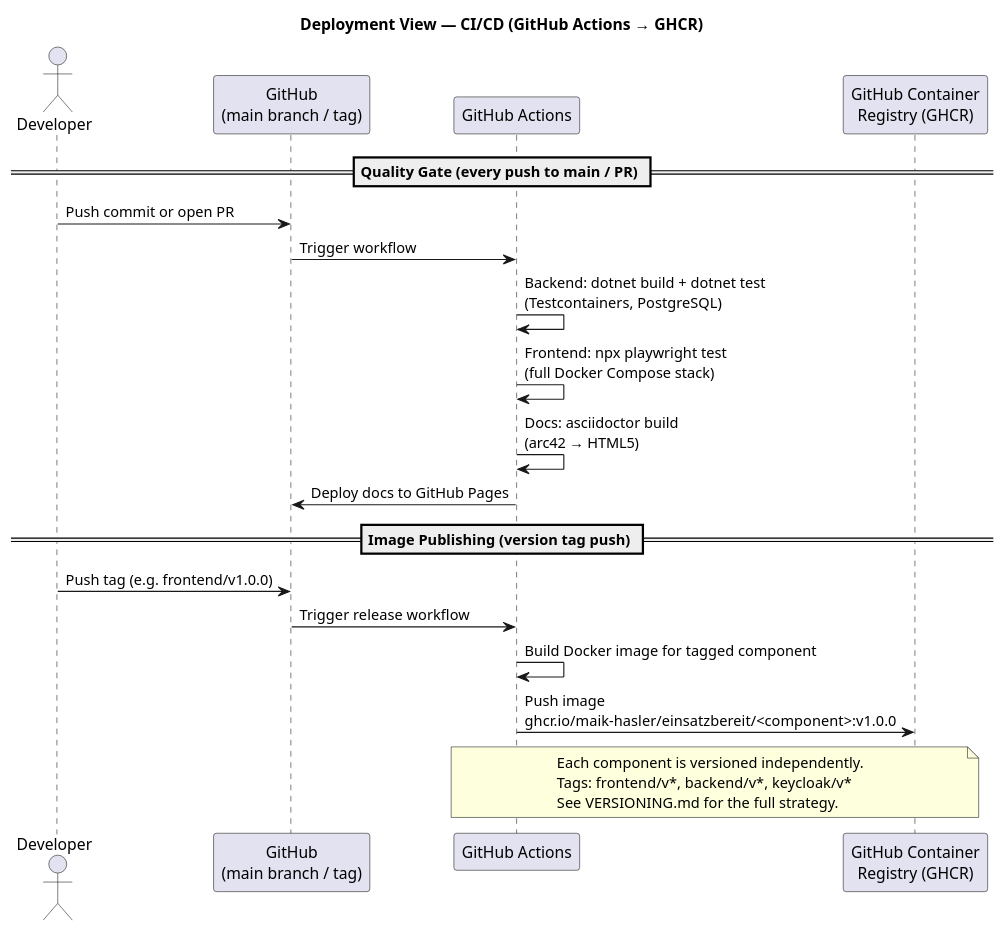
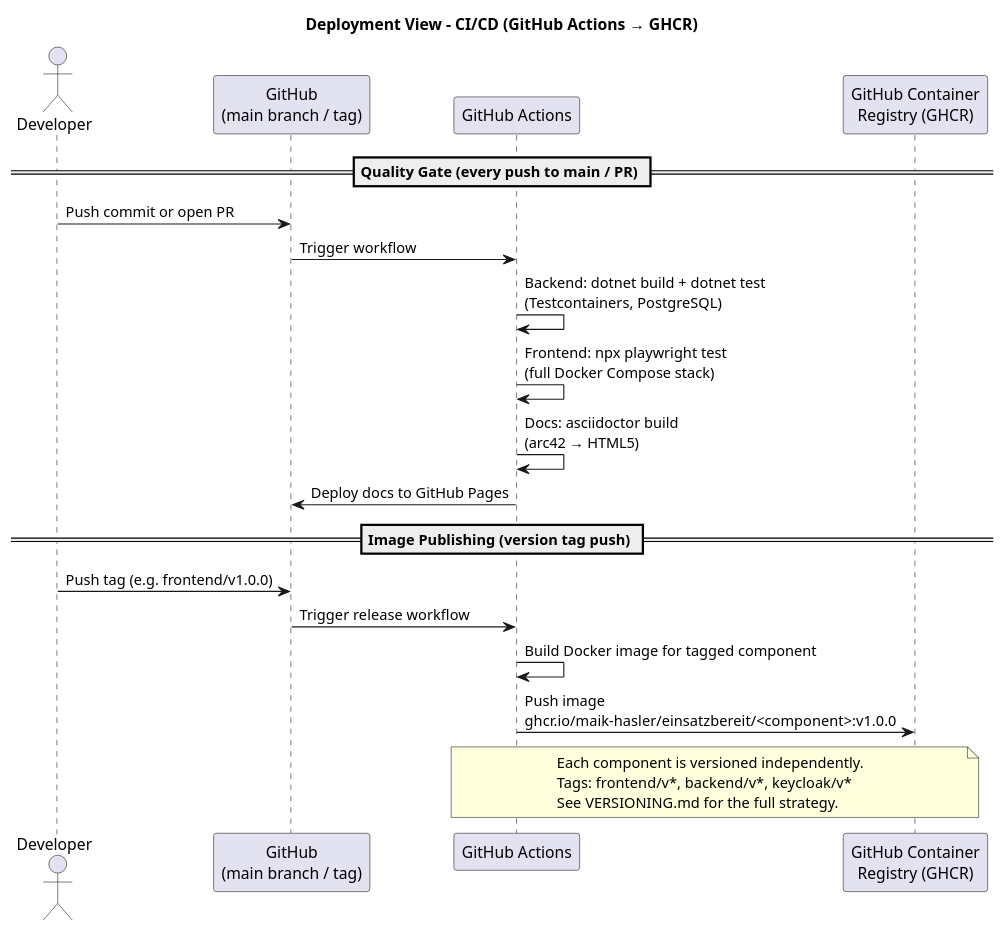
One commit to maik-hasler/einsatzbereit changed the diagram in docs/Architektur/images/deployment-cicd.puml. Above: the diagram before and after it, drawn with PlantUML. The commit also changed 36 other files, not shown here.

```diff
--- a/docs/Architektur/images/deployment-cicd.puml
+++ b/docs/Architektur/images/deployment-cicd.puml
@@ -1,32 +1,32 @@
 @startuml CI/CD Pipeline
 
-title Deployment View — CI/CD (GitHub Actions → GHCR)
+title Deployment View - CI/CD (GitHub Actions → GHCR)
 
 actor "Developer" as dev
 participant "GitHub\n(main branch / tag)" as github
 participant "GitHub Actions" as ci
 participant "GitHub Container\nRegistry (GHCR)" as ghcr
 
 == Quality Gate (every push to main / PR) ==
 
 dev -> github: Push commit or open PR
 github -> ci: Trigger workflow
 ci -> ci: Backend: dotnet build + dotnet test\n(Testcontainers, PostgreSQL)
 ci -> ci: Frontend: npx playwright test\n(full Docker Compose stack)
 ci -> ci: Docs: asciidoctor build\n(arc42 → HTML5)
 ci -> github: Deploy docs to GitHub Pages
 
 == Image Publishing (version tag push) ==
 
 dev -> github: Push tag (e.g. frontend/v1.0.0)
 github -> ci: Trigger release workflow
 ci -> ci: Build Docker image for tagged component
 ci -> ghcr: Push image\nghcr.io/maik-hasler/einsatzbereit/<component>:v1.0.0
 
 note over ci,ghcr
   Each component is versioned independently.
   Tags: frontend/v*, backend/v*, keycloak/v*
   See VERSIONING.md for the full strategy.
 end note
 
 @enduml
```
